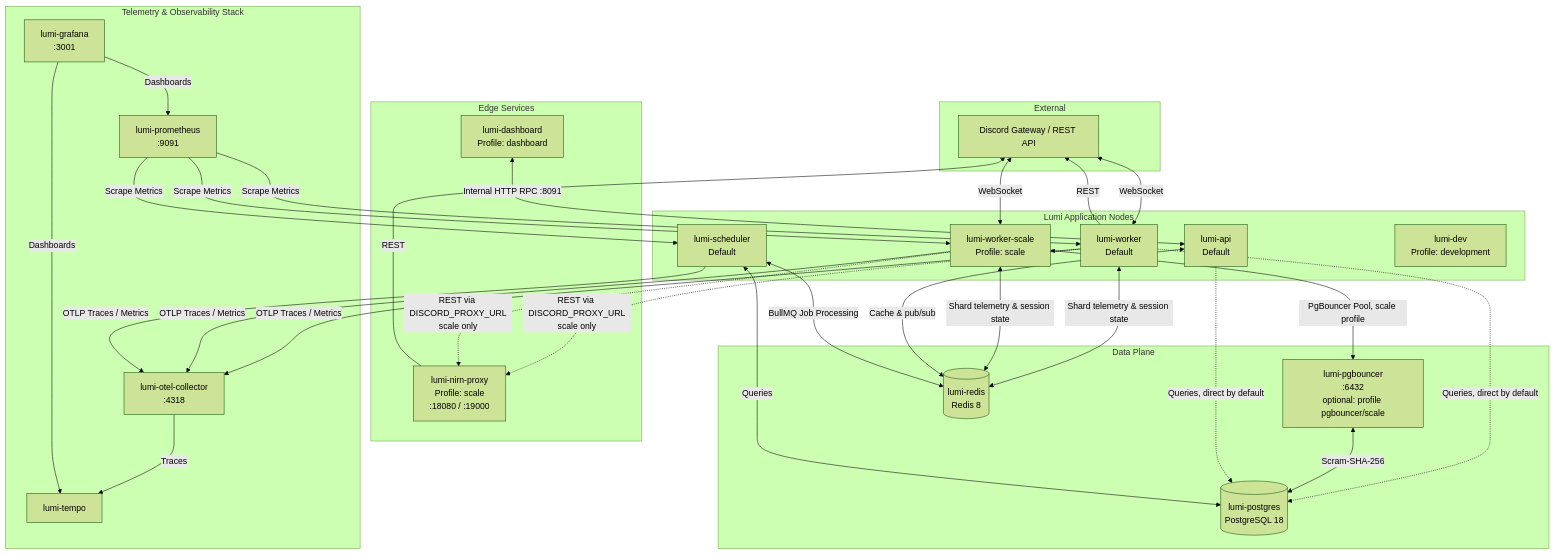
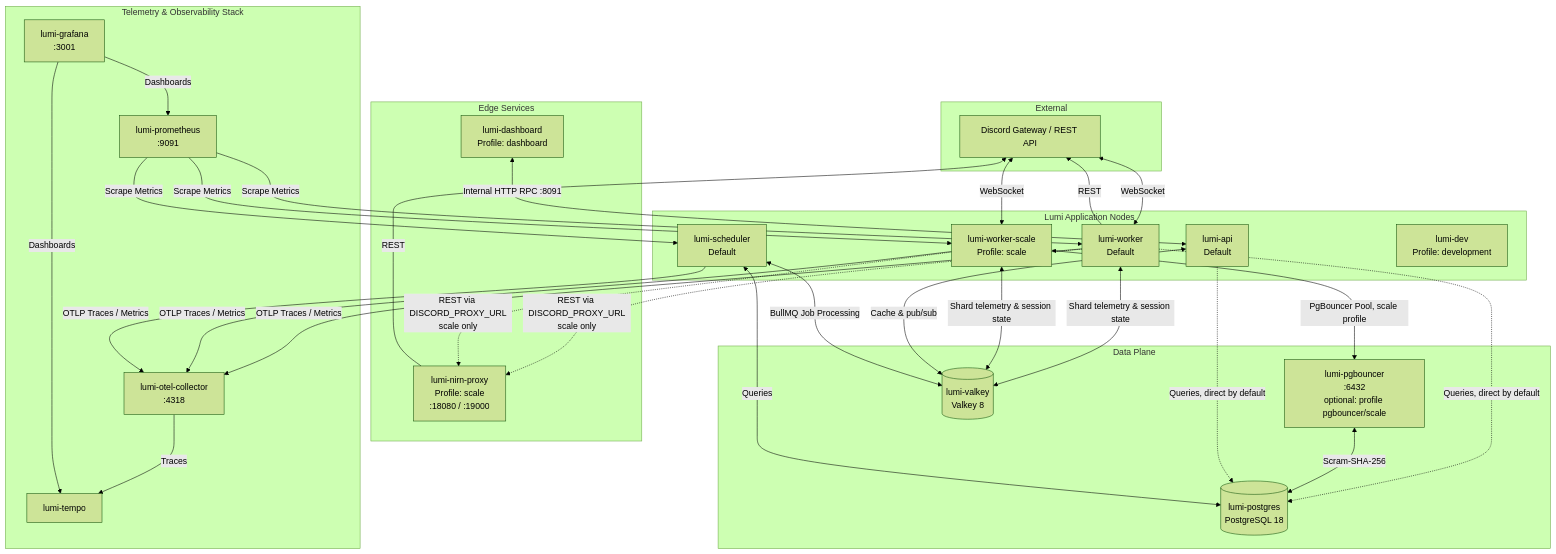
The first of 2 diagrams in deploy/docker/README.md (lumi-devs/Lumi), drawn with Mermaid (forest theme) before and after one commit. The commit also changed other lines of this file and 930 other files, not shown here.

````diff
--- a/deploy/docker/README.md
+++ b/deploy/docker/README.md
@@ -38,63 +38,63 @@
 ```mermaid
 flowchart TD
     subgraph External
         Discord[Discord Gateway / REST API]
     end
 
     subgraph Edge Services
         NP[lumi-nirn-proxy<br/>Profile: scale<br/>:18080 / :19000]
         Dash[lumi-dashboard<br/>Profile: dashboard]
     end
 
     subgraph Lumi Application Nodes
         W[lumi-worker<br/>Default]
         WS[lumi-worker-scale<br/>Profile: scale]
         Api[lumi-api<br/>Default]
         Sched[lumi-scheduler<br/>Default]
         Dev[lumi-dev<br/>Profile: development]
     end
 
     subgraph Data Plane
         PGB[lumi-pgbouncer<br/>:6432<br/>optional: profile pgbouncer/scale]
         PG[(lumi-postgres<br/>PostgreSQL 18)]
-        Redis[(lumi-redis<br/>Redis 8)]
+        V[(lumi-valkey<br/>Valkey 8)]
     end
 
     subgraph Telemetry & Observability Stack
         OTEL[lumi-otel-collector<br/>:4318]
         Prom[lumi-prometheus<br/>:9091]
         Tempo[lumi-tempo]
         Graf[lumi-grafana<br/>:3001]
     end
 
     Discord <-->|WebSocket| W
     Discord <-->|WebSocket| WS
     W -->|REST| Discord
     NP -->|REST| Discord
 
     W -.->|REST via DISCORD_PROXY_URL<br/>scale only| NP
     WS -.->|REST via DISCORD_PROXY_URL<br/>scale only| NP
 
-    W <-->|Shard telemetry & session state| Redis
-    WS <-->|Shard telemetry & session state| Redis
+    W <-->|Shard telemetry & session state| V
+    WS <-->|Shard telemetry & session state| V
     W -.->|Queries, direct by default| PG
     WS <-->|PgBouncer Pool, scale profile| PGB
     PGB <-->|Scram-SHA-256| PG
 
     Dash <-->|Internal HTTP RPC :8091| Api
     Api -.->|Queries, direct by default| PG
-    Api <-->|Cache & pub/sub| Redis
+    Api <-->|Cache & pub/sub| V
 
-    Sched <-->|BullMQ Job Processing| Redis
+    Sched <-->|BullMQ Job Processing| V
     Sched <-->|Queries| PG
 
     W -->|OTLP Traces / Metrics| OTEL
     WS -->|OTLP Traces / Metrics| OTEL
     Sched -->|OTLP Traces / Metrics| OTEL
     OTEL -->|Traces| Tempo
     Prom -->|Scrape Metrics| W
     Prom -->|Scrape Metrics| WS
     Prom -->|Scrape Metrics| Sched
     Graf -->|Dashboards| Prom
     Graf -->|Dashboards| Tempo
 ```
````
